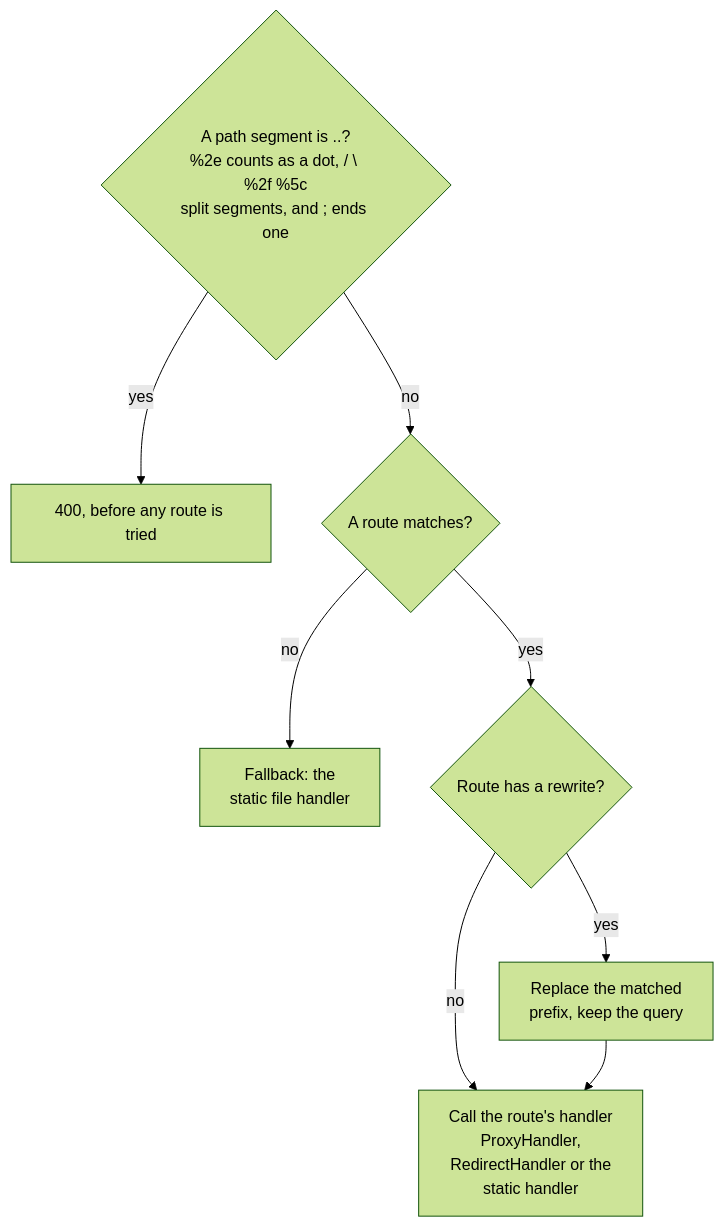
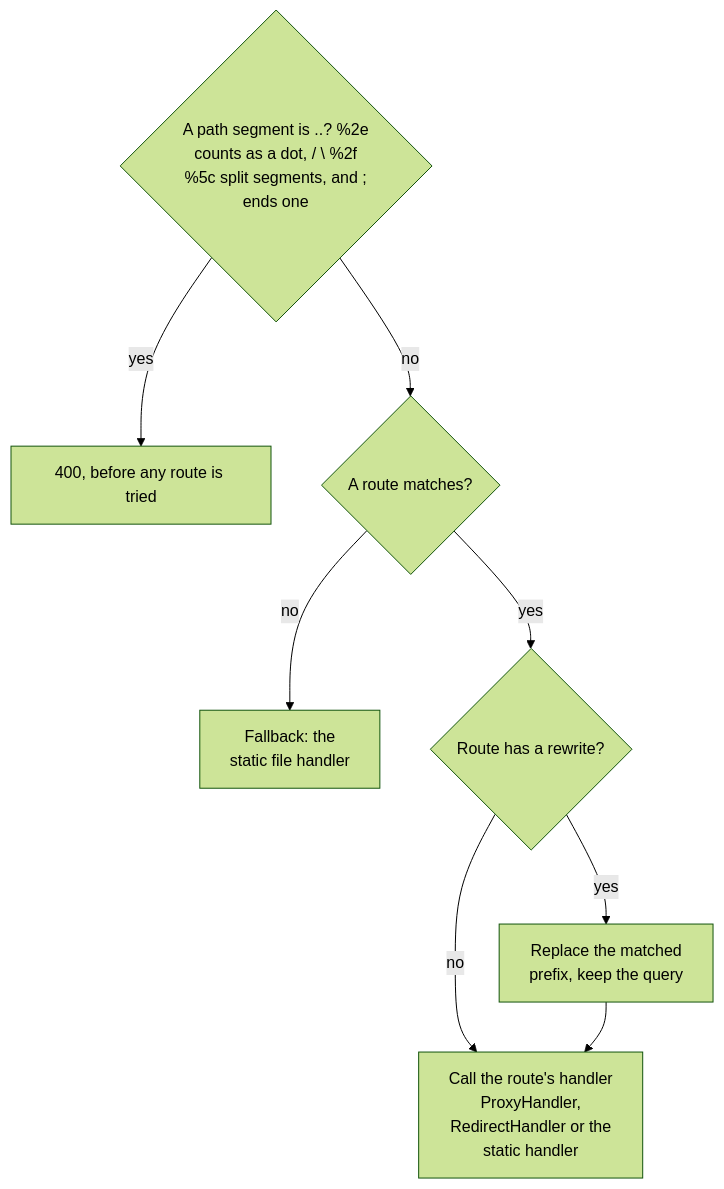
The second of 6 diagrams in docs/design/proxy-routing.md (BlivionIaG/sjws_nettask), drawn with Mermaid (forest theme) before and after one commit. The commit also changed other lines of this file and 8 other files, not shown here.

First line of the commit message:
docs: re-wrap long diagram labels so words do not orphan

````diff
--- a/docs/design/proxy-routing.md
+++ b/docs/design/proxy-routing.md
@@ -61,10 +61,10 @@
 ```mermaid
 flowchart TD
-    dd{"A path segment is ..?<br/>%2e counts as a dot, / \ %2f %5c<br/>split segments, and ; ends one"} -->|yes| e400["400, before any route is tried"]
+    dd{"A path segment is ..? %2e<br/>counts as a dot, / \ %2f<br/>%5c split segments, and ;<br/>ends one"} -->|yes| e400["400, before any route is tried"]
     dd -->|no| m{"A route matches?"}
     m -->|no| fb["Fallback: the<br/>static file handler"]
     m -->|yes| rw{"Route has a rewrite?"}
     rw -->|yes| rq["Replace the matched<br/>prefix, keep the query"]
     rw -->|no| act
     rq --> act["Call the route's handler<br/>ProxyHandler,<br/>RedirectHandler or the<br/>static handler"]
 ```
````
